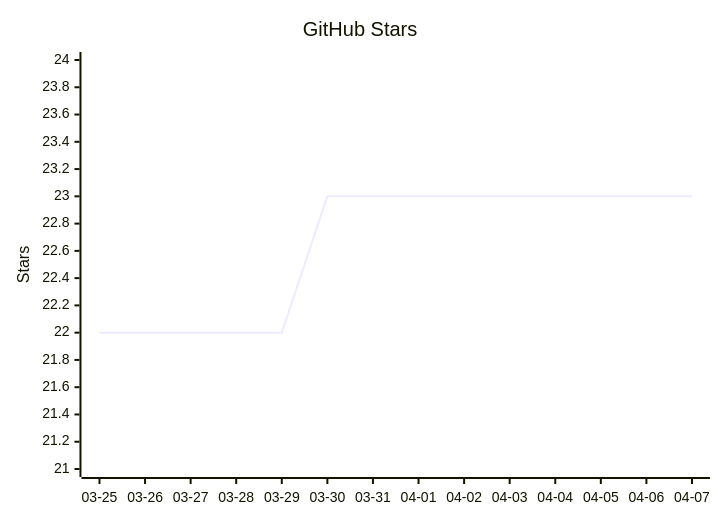
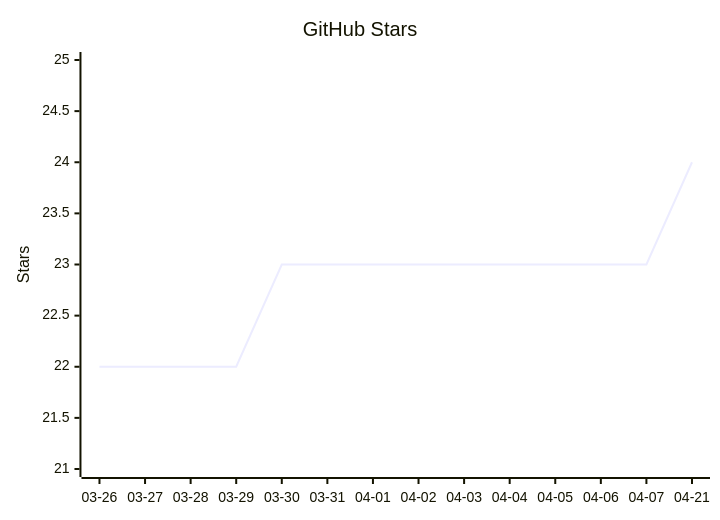
One commit to vectie/moonclaw changed the diagram in README.mbt.md. Above: the diagram before and after it, drawn with Mermaid. The commit also changed other lines of this file and 1 other file, not shown here.

Commit message:
Update README star growth

````diff
--- a/README.mbt.md
+++ b/README.mbt.md
@@ -486,7 +486,7 @@
 ```mermaid
 xychart-beta
     title "GitHub Stars"
-    x-axis ["03-25","03-26","03-27","03-28","03-29","03-30","03-31","04-01","04-02","04-03","04-04","04-05","04-06","04-07"]
-    y-axis "Stars" 21 --> 24
-    line [22,22,22,22,22,23,23,23,23,23,23,23,23,23]
+    x-axis ["03-26","03-27","03-28","03-29","03-30","03-31","04-01","04-02","04-03","04-04","04-05","04-06","04-07","04-21"]
+    y-axis "Stars" 21 --> 25
+    line [22,22,22,22,23,23,23,23,23,23,23,23,23,24]
 ```
````
